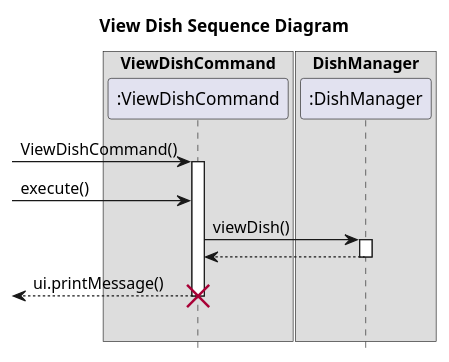
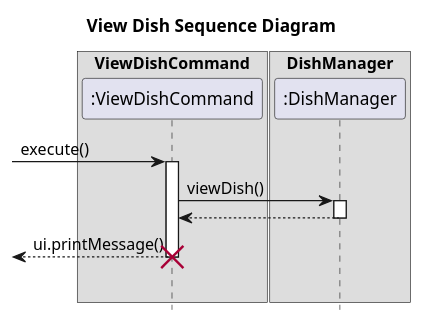
One commit to nus-cs2113-AY2223S2/tp changed the diagram in docs/uml/ViewDishCommandSequenceDiagram.puml. Above: the diagram before and after it, drawn with PlantUML. The commit also changed 3 other files, not shown here.

Commit message:
Update UML sequence diagrams for Dish commands

```diff
--- a/docs/uml/ViewDishCommandSequenceDiagram.puml
+++ b/docs/uml/ViewDishCommandSequenceDiagram.puml
@@ -1,22 +1,22 @@
 @startuml
 hide footbox
 title View Dish Sequence Diagram
 
 box "ViewDishCommand"
 participant ":ViewDishCommand" as ViewDishCommand
 endbox
 
 box "DishManager"
 participant ":DishManager" as DishManager
 endbox
 
--> ViewDishCommand ++ : ViewDishCommand()
 -> ViewDishCommand: execute()
+activate ViewDishCommand
 ViewDishCommand -> DishManager ++ : viewDish()
 ViewDishCommand <-- DishManager
 deactivate
 <-- ViewDishCommand: ui.printMessage()
 
 |||
 destroy ViewDishCommand
 @enduml
```
